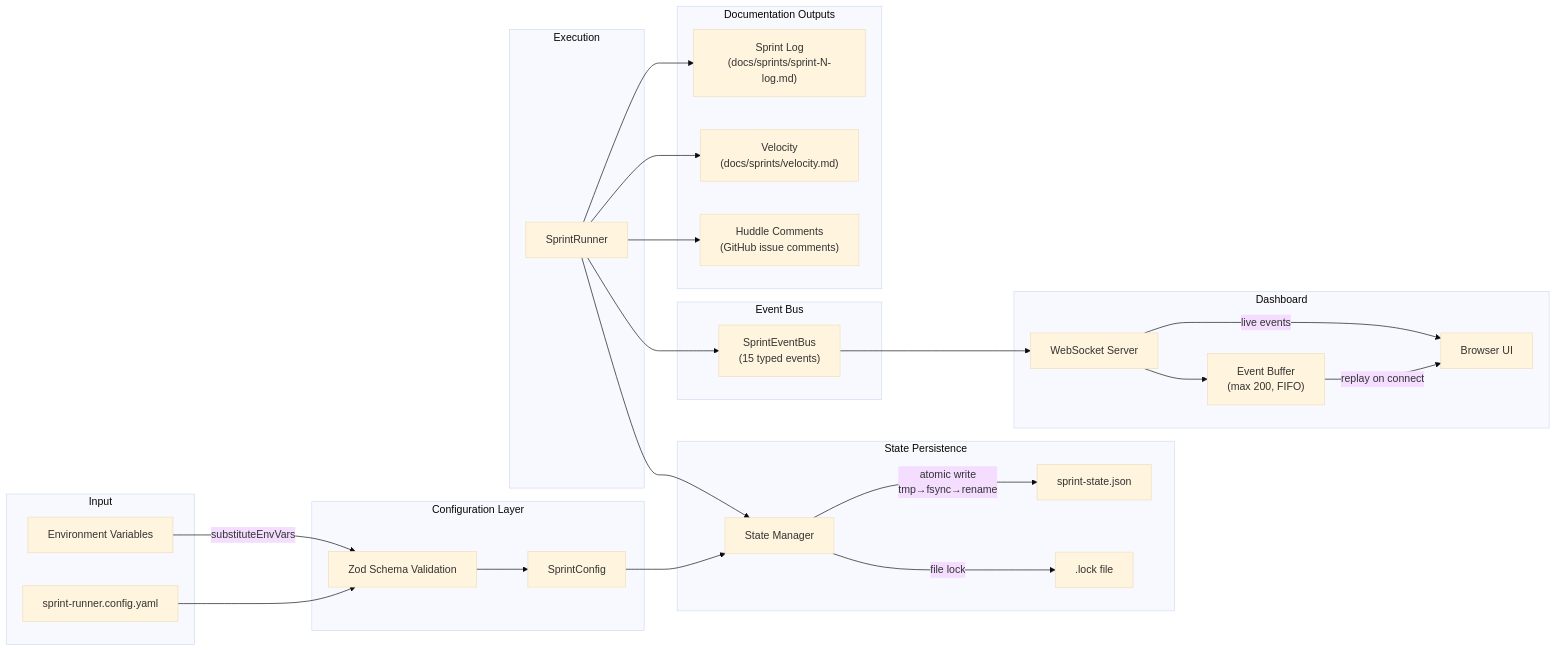
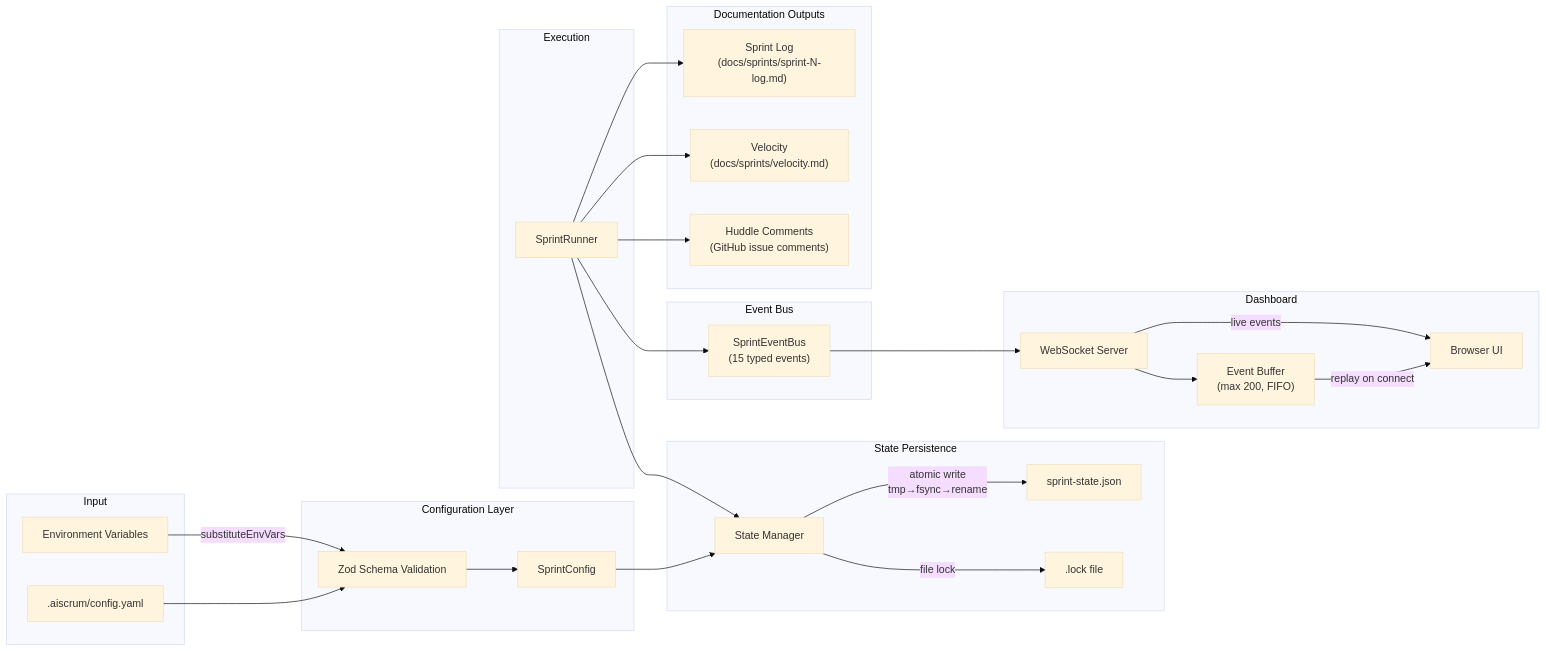
One commit to trsdn/ai-scrum-autonomous-v2 changed the third of 3 diagrams in docs/architecture/DIAGRAMS.md. Above: the diagram before and after it, drawn with Mermaid (base theme). The commit also changed 48 other files, not shown here.

````diff
--- a/docs/architecture/DIAGRAMS.md
+++ b/docs/architecture/DIAGRAMS.md
@@ -153,51 +153,51 @@
 ```mermaid
 flowchart LR
     subgraph Input
-        YAML["sprint-runner.config.yaml"]
+        YAML[".aiscrum/config.yaml"]
         ENV["Environment Variables"]
     end
 
     subgraph Config["Configuration Layer"]
         Zod["Zod Schema Validation"]
         YAML --> Zod
         ENV -->|substituteEnvVars| Zod
         Zod --> SprintConfig["SprintConfig"]
     end
 
     subgraph State["State Persistence"]
         SM["State Manager"]
         SprintConfig --> SM
         SM -->|atomic write<br/>tmp→fsync→rename| JSON["sprint-state.json"]
         SM -->|file lock| Lock[".lock file"]
     end
 
     subgraph Events["Event Bus"]
         EB["SprintEventBus<br/>(15 typed events)"]
     end
 
     subgraph Execution
         Runner["SprintRunner"] --> EB
         Runner --> SM
     end
 
     subgraph Outputs["Documentation Outputs"]
         SL["Sprint Log<br/>(docs/sprints/sprint-N-log.md)"]
         VE["Velocity<br/>(docs/sprints/velocity.md)"]
         HU["Huddle Comments<br/>(GitHub issue comments)"]
     end
 
     Runner --> SL
     Runner --> VE
     Runner --> HU
 
     subgraph Dashboard["Dashboard"]
         WS["WebSocket Server"]
         Buffer["Event Buffer<br/>(max 200, FIFO)"]
         Browser["Browser UI"]
     end
 
     EB --> WS
     WS --> Buffer
     Buffer -->|replay on connect| Browser
     WS -->|live events| Browser
 ```
````
